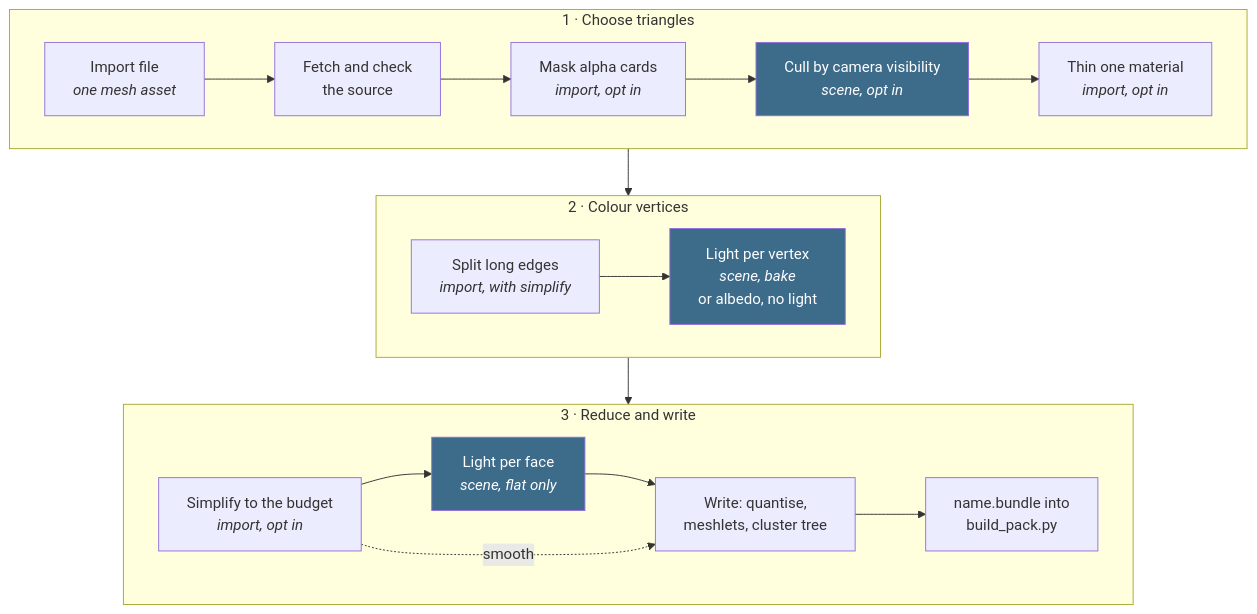
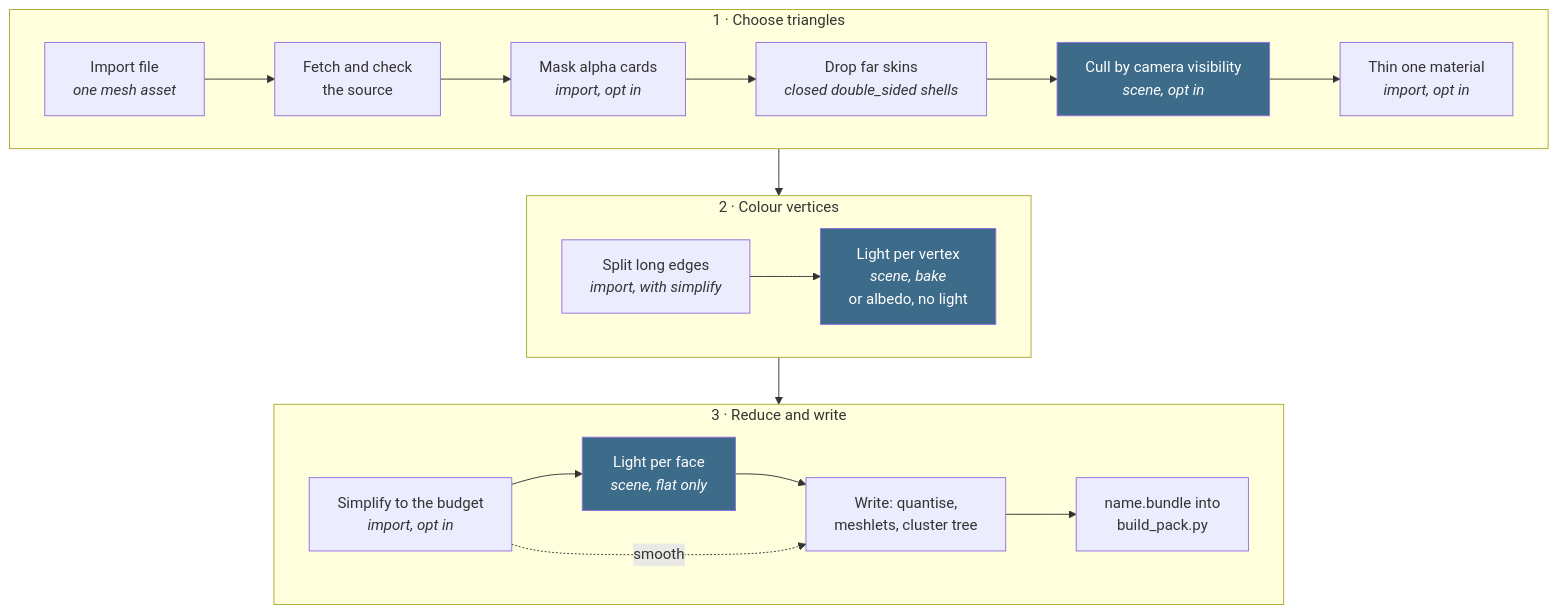
One commit to jose-villegas/autana changed the first of 3 diagrams in docs/render/offline/Mesh-Import.md. Above: the diagram before and after it, drawn with Mermaid. The commit also changed other lines of this file and 14 other files, not shown here.

Commit message:
r3d: far skins by facing sign; one owner for edge use; the key and validation read the region through far_skin_region

````diff
--- a/docs/render/offline/Mesh-Import.md
+++ b/docs/render/offline/Mesh-Import.md
@@ -8,19 +8,19 @@
 ```mermaid
 flowchart TB
     subgraph Cut["1 · Choose triangles"]
     direction LR
-    Import["Import file<br/><i>one mesh asset</i>"] --> Fetch["Fetch and check<br/>the source"] --> Mask["Mask alpha cards<br/><i>import, opt in</i>"] --> Vis["Cull by camera visibility<br/><i>scene, opt in</i>"] --> Thin["Thin one material<br/><i>import, opt in</i>"]
+    Import["Import file<br/><i>one mesh asset</i>"] --> Fetch["Fetch and check<br/>the source"] --> Mask["Mask alpha cards<br/><i>import, opt in</i>"] --> Skin["Drop far skins<br/><i>closed double_sided shells</i>"] --> Vis["Cull by camera visibility<br/><i>scene, opt in</i>"] --> Thin["Thin one material<br/><i>import, opt in</i>"]
     end
     subgraph Light["2 · Colour vertices"]
     direction LR
     Dense["Split long edges<br/><i>import, with simplify</i>"] --> Lit["Light per vertex<br/><i>scene, bake</i><br/>or albedo, no light"]
     end
     subgraph Finish["3 · Reduce and write"]
     direction LR
     Simp["Simplify to the budget<br/><i>import, opt in</i>"] --> Face["Light per face<br/><i>scene, flat only</i>"] --> Write["Write: quantise,<br/>meshlets, cluster tree"] --> Pack["name.bundle into<br/>build_pack.py"]
     Simp -. smooth .-> Write
     end
     Cut --> Light --> Finish
     classDef scene fill:#3d6b8a,color:#fff
     class Vis,Lit,Face scene
 ```
````
